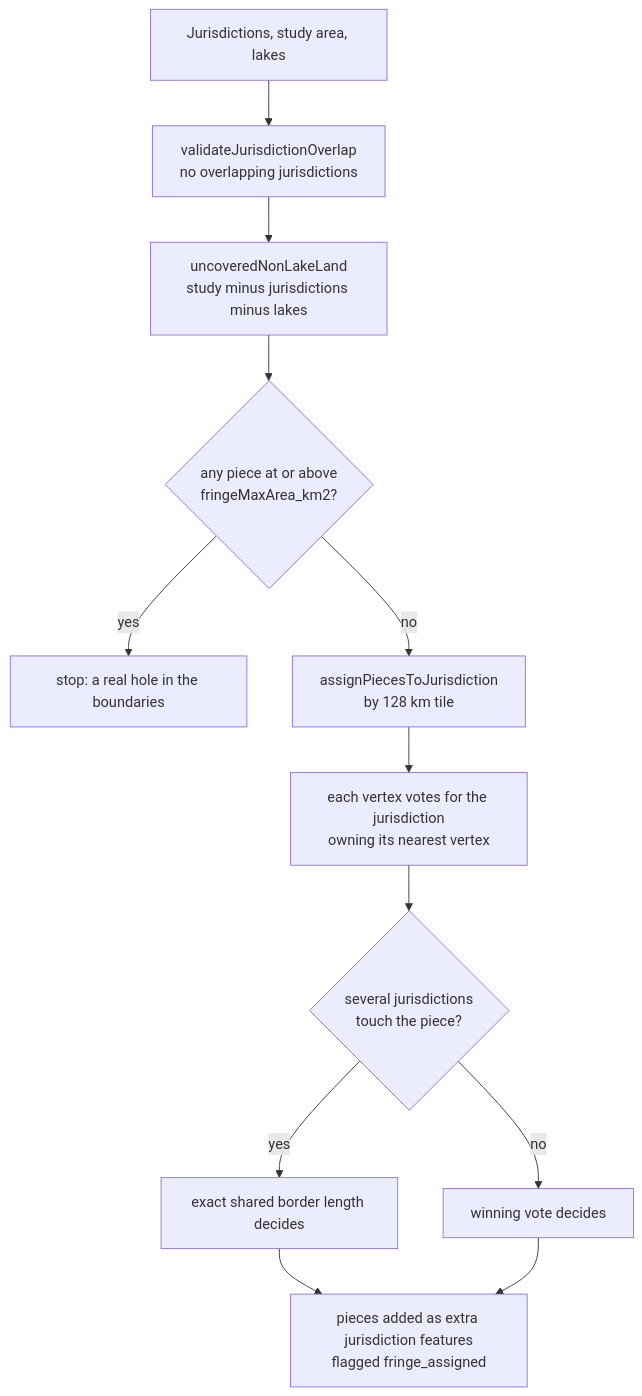
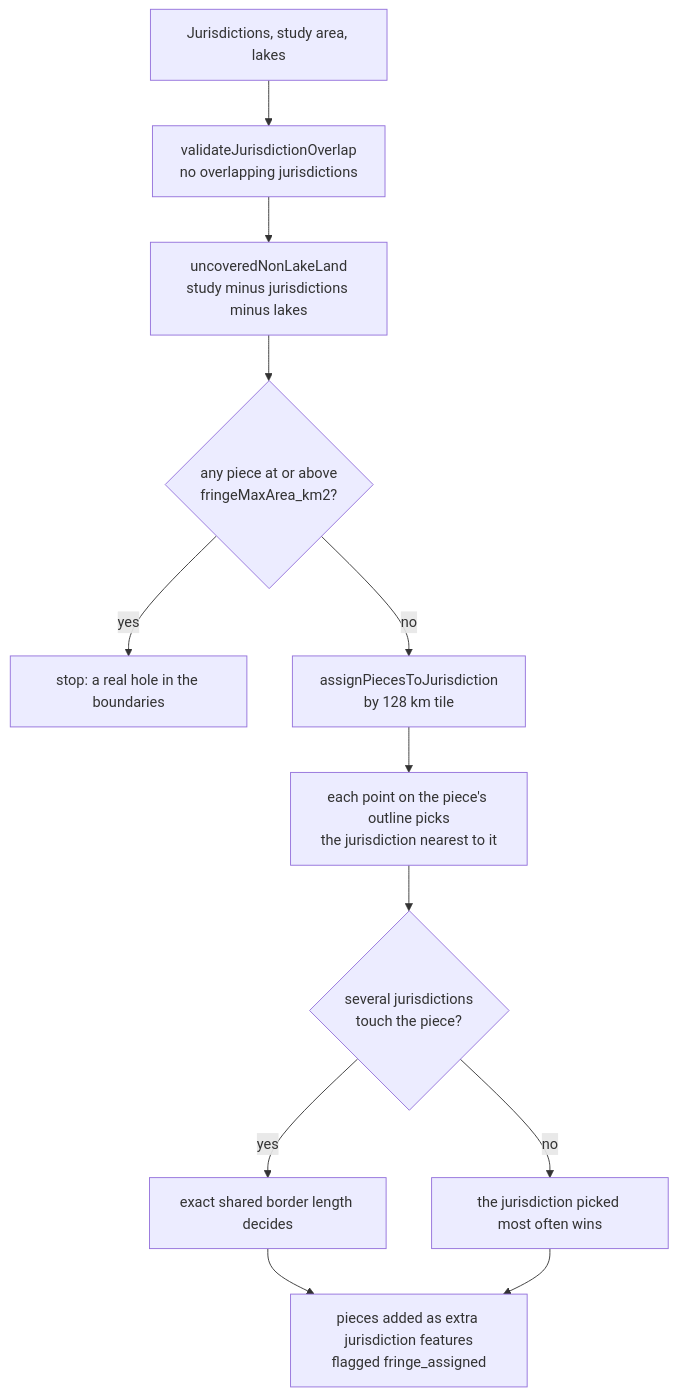
Before and after one commit to pedrogit/RiparianBuffers: the second of 5 diagrams in README.md, drawn with Mermaid. The commit also changed other lines of this file, not shown here.

````diff
--- a/README.md
+++ b/README.md
@@ -212,14 +213,14 @@
 ```mermaid
 flowchart TD
     A["Jurisdictions, study area, lakes"] --> O["validateJurisdictionOverlap<br/>no overlapping jurisdictions"]
     O --> B["uncoveredNonLakeLand<br/>study minus jurisdictions minus lakes"]
     B --> C{"any piece at or above<br/>fringeMaxArea_km2?"}
     C -- yes --> X["stop: a real hole in the boundaries"]
     C -- no --> D["assignPiecesToJurisdiction<br/>by 128 km tile"]
-    D --> E["each vertex votes for the jurisdiction<br/>owning its nearest vertex"]
+    D --> E["each point on the piece's outline picks<br/>the jurisdiction nearest to it"]
     E --> G{"several jurisdictions<br/>touch the piece?"}
     G -- yes --> H["exact shared border length decides"]
-    G -- no --> I["winning vote decides"]
+    G -- no --> I["the jurisdiction picked most often wins"]
     H --> J["pieces added as extra jurisdiction features<br/>flagged fringe_assigned"]
     I --> J
 ```
````
